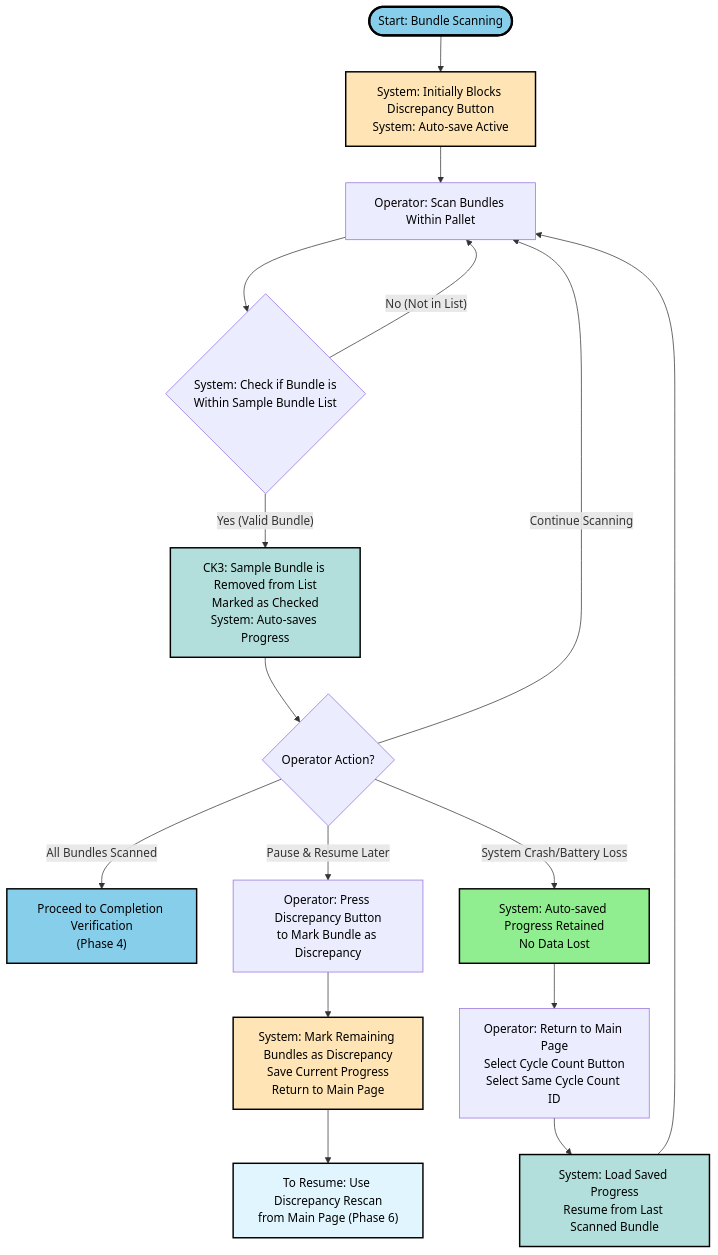
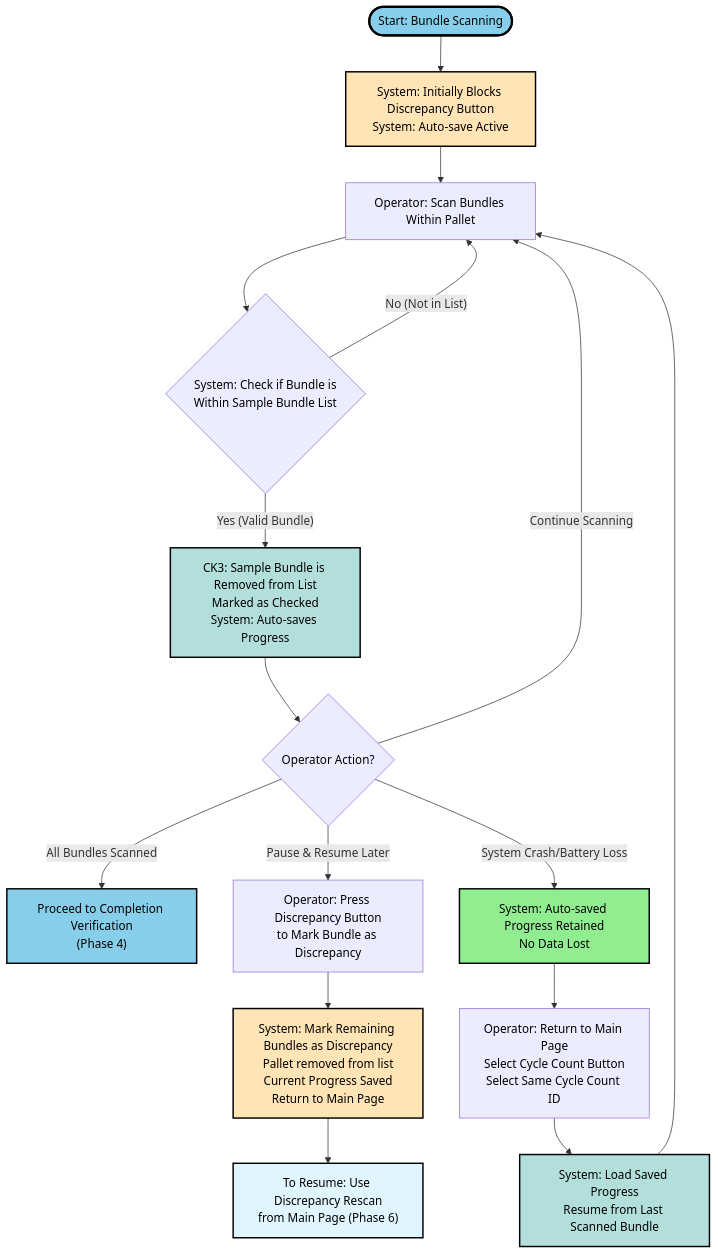
One commit to kohjs/RMC-Cycle-Count changed the fourth of 8 diagrams in workflow.md. Above: the diagram before and after it, drawn with Mermaid. The commit also changed other lines of this file and 1 other file, not shown here.

````diff
--- a/workflow.md
+++ b/workflow.md
@@ -121,33 +121,33 @@
 ```mermaid
 flowchart TD
     Start(["Start: Bundle Scanning"]) --> n9["System: Initially Blocks Discrepancy Button<br>System: Auto-save Active"]
     n9 --> n1["Operator: Scan Bundles Within Pallet"]
     n1 --> n2{"System: Check if Bundle is<br>Within Sample Bundle List"}
-    n2 -- "No (Not in List)" --> n1
-    n2 -- "Yes (Valid Bundle)" --> n3["CK3: Sample Bundle is Removed from List<br>Marked as Checked<br>System: Auto-saves Progress"]
+    n2 -- No (Not in List) --> n1
+    n2 -- Yes (Valid Bundle) --> n3["CK3: Sample Bundle is Removed from List<br>Marked as Checked<br>System: Auto-saves Progress"]
     n3 --> n7{"Operator Action?"}
-    n7 -- "Continue Scanning" --> n1
-    n7 -- "All Bundles Scanned" --> n8["Proceed to Completion Verification<br>(Phase 4)"]
-    n7 -- "Pause & Resume Later" --> n10["Operator: Press Discrepancy Button<br>to Mark Bundle as Discrepancy"]
-    n10 --> n11["System: Mark Remaining Bundles as Discrepancy<br>Save Current Progress<br>Return to Main Page"]
+    n7 -- Continue Scanning --> n1
+    n7 -- All Bundles Scanned --> n8["Proceed to Completion Verification<br>(Phase 4)"]
+    n7 -- Pause & Resume Later --> n10["Operator: Press Discrepancy Button<br>to Mark Bundle as Discrepancy"]
+    n10 --> n11["System: Mark Remaining Bundles as Discrepancy<br>Pallet removed from list<br>Current Progress Saved<br>Return to Main Page"]
     n11 --> n12["To Resume: Use Discrepancy Rescan<br>from Main Page (Phase 6)"]
-    n7 -- "System Crash/Battery Loss" --> n13["System: Auto-saved Progress Retained<br>No Data Lost"]
+    n7 -- System Crash/Battery Loss --> n13["System: Auto-saved Progress Retained<br>No Data Lost"]
     n13 --> n14["Operator: Return to Main Page<br>Select Cycle Count Button<br>Select Same Cycle Count ID"]
     n14 --> n15["System: Load Saved Progress<br>Resume from Last Scanned Bundle"]
     n15 --> n1
 
     n9@{ shape: rect}
     style Start fill:#87CEEB,stroke:#000,stroke-width:3px,color:#000
     style n9 fill:#FFE4B5,stroke:#000,stroke-width:2px,color:#000
     style n1 color:#000
     style n2 color:#000
     style n3 fill:#B2DFDB,stroke:#000,stroke-width:2px,color:#000
     style n7 color:#000
     style n8 fill:#87CEEB,stroke:#000,stroke-width:2px,color:#000
     style n10 color:#000
     style n11 fill:#FFE4B5,stroke:#000,stroke-width:2px,color:#000
     style n12 fill:#E1F5FE,stroke:#000,stroke-width:2px,color:#000
     style n13 fill:#90EE90,stroke:#000,stroke-width:2px,color:#000
     style n14 color:#000
     style n15 fill:#B2DFDB,stroke:#000,stroke-width:2px,color:#000
 ```
````
